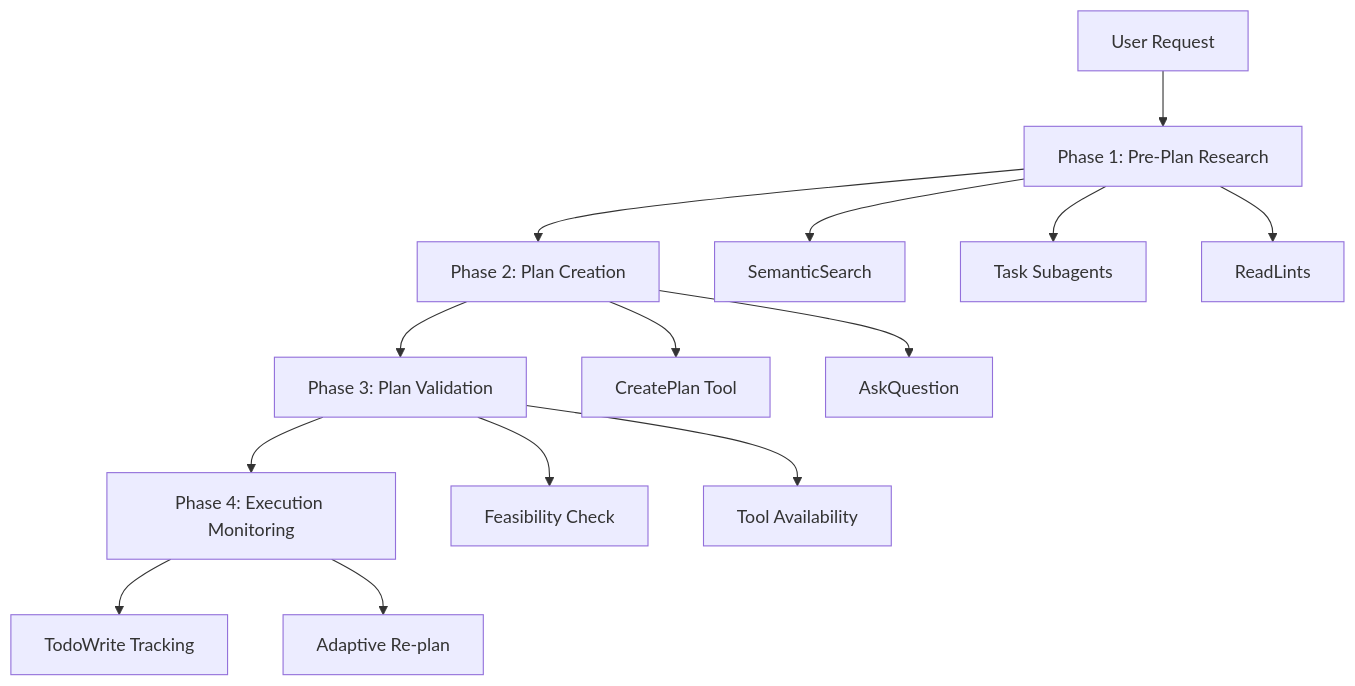
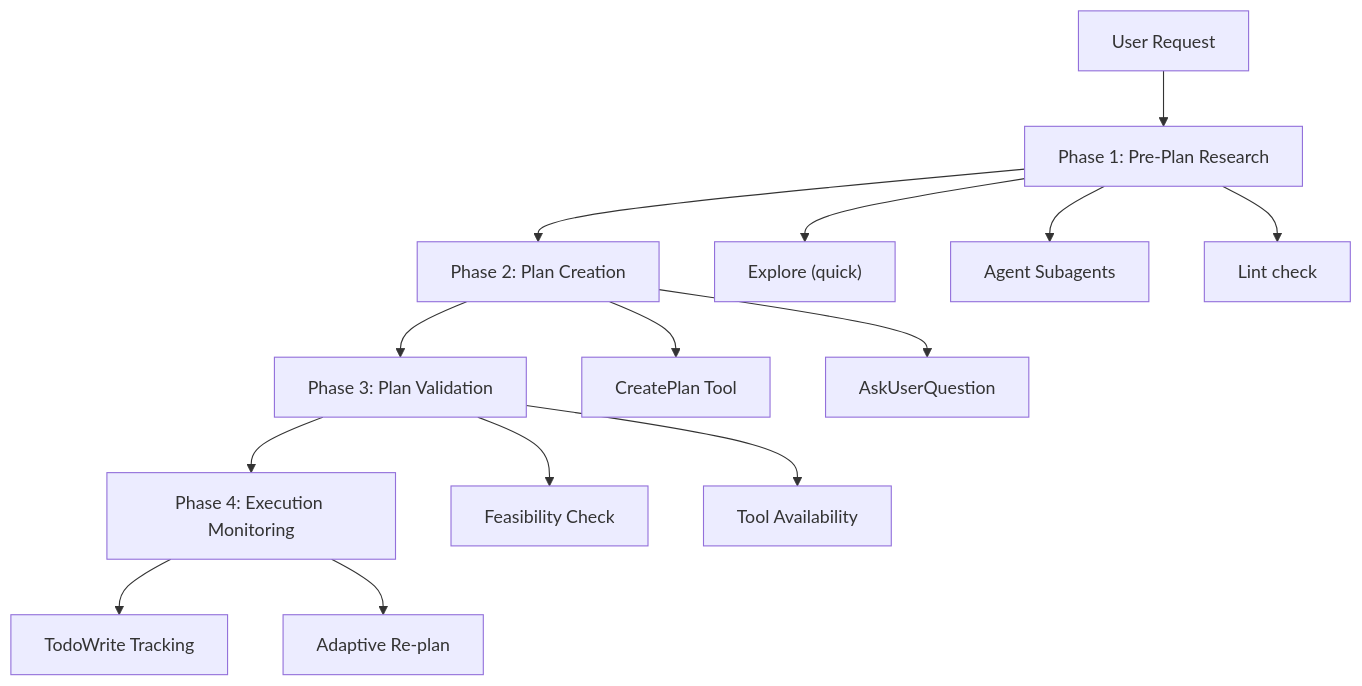
One commit to mytoandeptrai/claudify-agent changed the diagram in .claude/docs/PLAN-MODE-OPTIMIZATION.md. Above: the diagram before and after it, drawn with Mermaid. The commit also changed other lines of this file and 46 other files, not shown here.

````diff
--- a/.claude/docs/PLAN-MODE-OPTIMIZATION.md
+++ b/.claude/docs/PLAN-MODE-OPTIMIZATION.md
@@ -51,20 +51,20 @@
 ```mermaid
 flowchart TD
     A[User Request] --> B[Phase 1: Pre-Plan Research]
     B --> C[Phase 2: Plan Creation]
     C --> D[Phase 3: Plan Validation]
     D --> E[Phase 4: Execution Monitoring]
     
-    B --> B1[SemanticSearch]
-    B --> B2[Task Subagents]
-    B --> B3[ReadLints]
+    B --> B1["Explore (quick)"]
+    B --> B2[Agent Subagents]
+    B --> B3[Lint check]
     
     C --> C1[CreatePlan Tool]
-    C --> C2[AskQuestion]
+    C --> C2[AskUserQuestion]
     
     D --> D1[Feasibility Check]
     D --> D2[Tool Availability]
     
     E --> E1[TodoWrite Tracking]
     E --> E2[Adaptive Re-plan]
 ```
````
